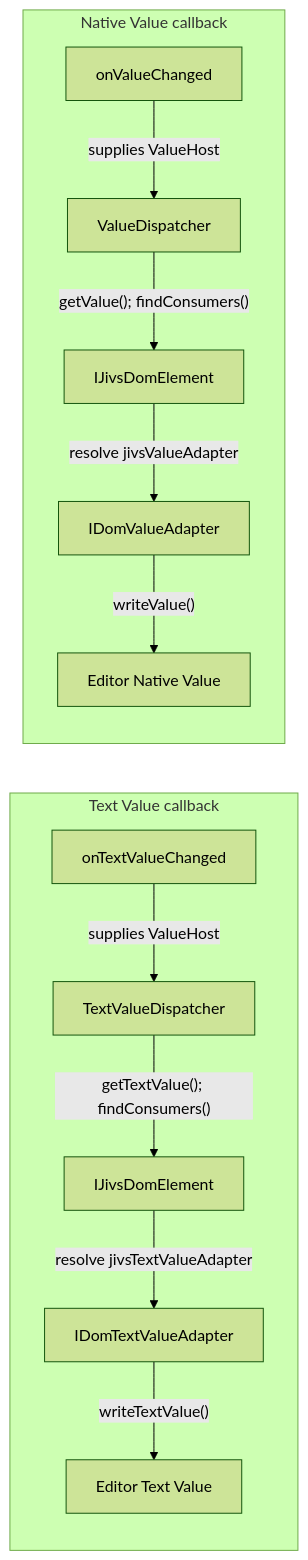
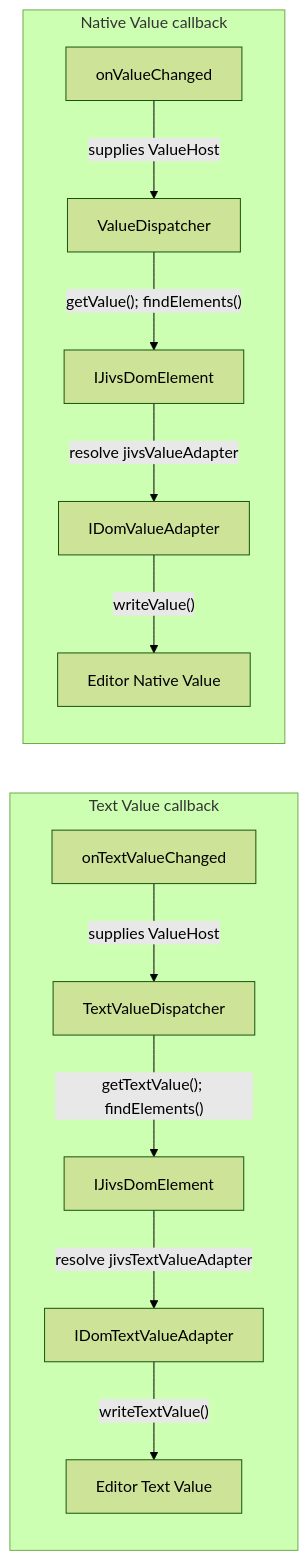
One commit to plblum/jivs changed the third of 13 diagrams in planning/Jivs-DOM_Implementation_Design.md. Above: the diagram before and after it, drawn with Mermaid (forest theme). The commit also changed other lines of this file and 26 other files, not shown here.

````diff
--- a/planning/Jivs-DOM_Implementation_Design.md
+++ b/planning/Jivs-DOM_Implementation_Design.md
@@ -119,32 +119,32 @@
 ```mermaid
 flowchart LR
     subgraph TEXT["Text Value callback"]
         direction TB
 
         TEXT_CALLBACK["onTextValueChanged"]
         TEXT_DISPATCHER["TextValueDispatcher"]
         TEXT_ELEMENT["IJivsDomElement"]
         TEXT_ADAPTER["IDomTextValueAdapter"]
         TEXT_EDITOR["Editor Text Value"]
 
         TEXT_CALLBACK -->|"supplies ValueHost"| TEXT_DISPATCHER
-        TEXT_DISPATCHER -->|"getTextValue(); findConsumers()"| TEXT_ELEMENT
+        TEXT_DISPATCHER -->|"getTextValue(); findElements()"| TEXT_ELEMENT
         TEXT_ELEMENT -->|"resolve jivsTextValueAdapter"| TEXT_ADAPTER
         TEXT_ADAPTER -->|"writeTextValue()"| TEXT_EDITOR
     end
 
     subgraph VALUE["Native Value callback"]
         direction TB
 
         VALUE_CALLBACK["onValueChanged"]
         VALUE_DISPATCHER["ValueDispatcher"]
         VALUE_ELEMENT["IJivsDomElement"]
         VALUE_ADAPTER["IDomValueAdapter"]
         VALUE_EDITOR["Editor Native Value"]
 
         VALUE_CALLBACK -->|"supplies ValueHost"| VALUE_DISPATCHER
-        VALUE_DISPATCHER -->|"getValue(); findConsumers()"| VALUE_ELEMENT
+        VALUE_DISPATCHER -->|"getValue(); findElements()"| VALUE_ELEMENT
         VALUE_ELEMENT -->|"resolve jivsValueAdapter"| VALUE_ADAPTER
         VALUE_ADAPTER -->|"writeValue()"| VALUE_EDITOR
     end
 ```
````
